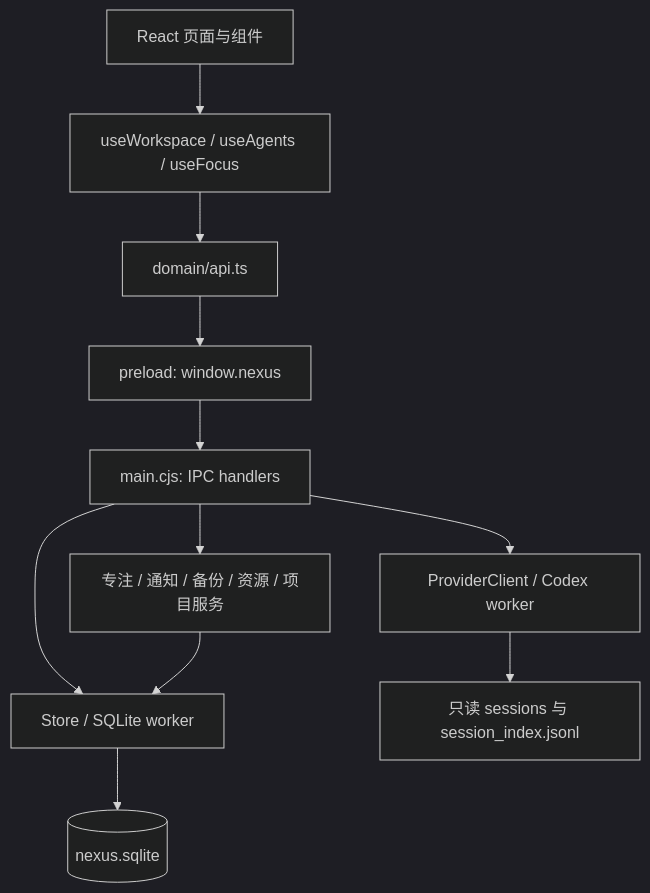
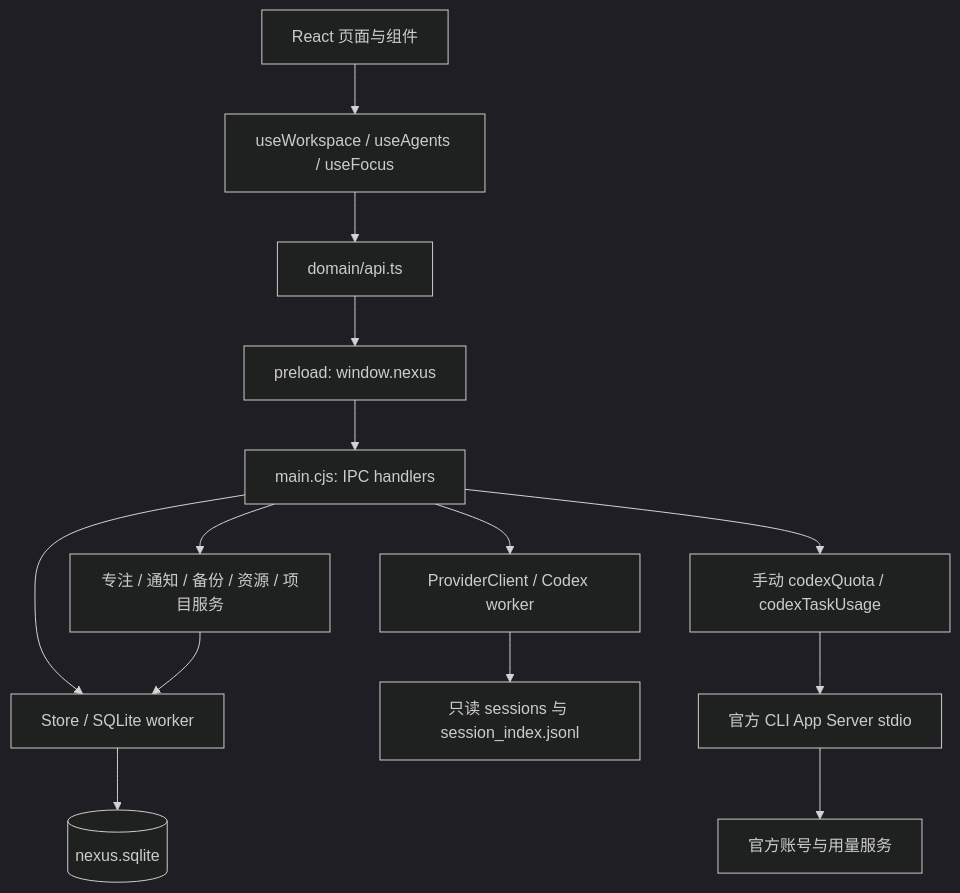
Before and after one commit to 7yahaan-wq/nexus-companion: the diagram in docs/DEVELOPMENT_HANDOFF.md, drawn with Mermaid (dark theme). The commit also changed other lines of this file and 26 other files, not shown here.

Commit message:
feat: add Codex token usage and plan quota queries (0.5.0)

````diff
--- a/docs/DEVELOPMENT_HANDOFF.md
+++ b/docs/DEVELOPMENT_HANDOFF.md
@@ -67,13 +67,16 @@
 ```mermaid
 flowchart TD
   UI[React 页面与组件] --> Hooks[useWorkspace / useAgents / useFocus]
   Hooks --> API[domain/api.ts]
   API --> Bridge[preload: window.nexus]
   Bridge --> Main[main.cjs: IPC handlers]
   Main --> Store[Store / SQLite worker]
   Store --> DB[(nexus.sqlite)]
   Main --> Provider[ProviderClient / Codex worker]
   Provider --> Logs[只读 sessions 与 session_index.jsonl]
+  Main --> Account[手动 codexQuota / codexTaskUsage]
+  Account --> CLI[官方 CLI App Server stdio]
+  CLI --> CodexService[官方账号与用量服务]
   Main --> Services[专注 / 通知 / 备份 / 资源 / 项目服务]
   Services --> Store
 ```
````
